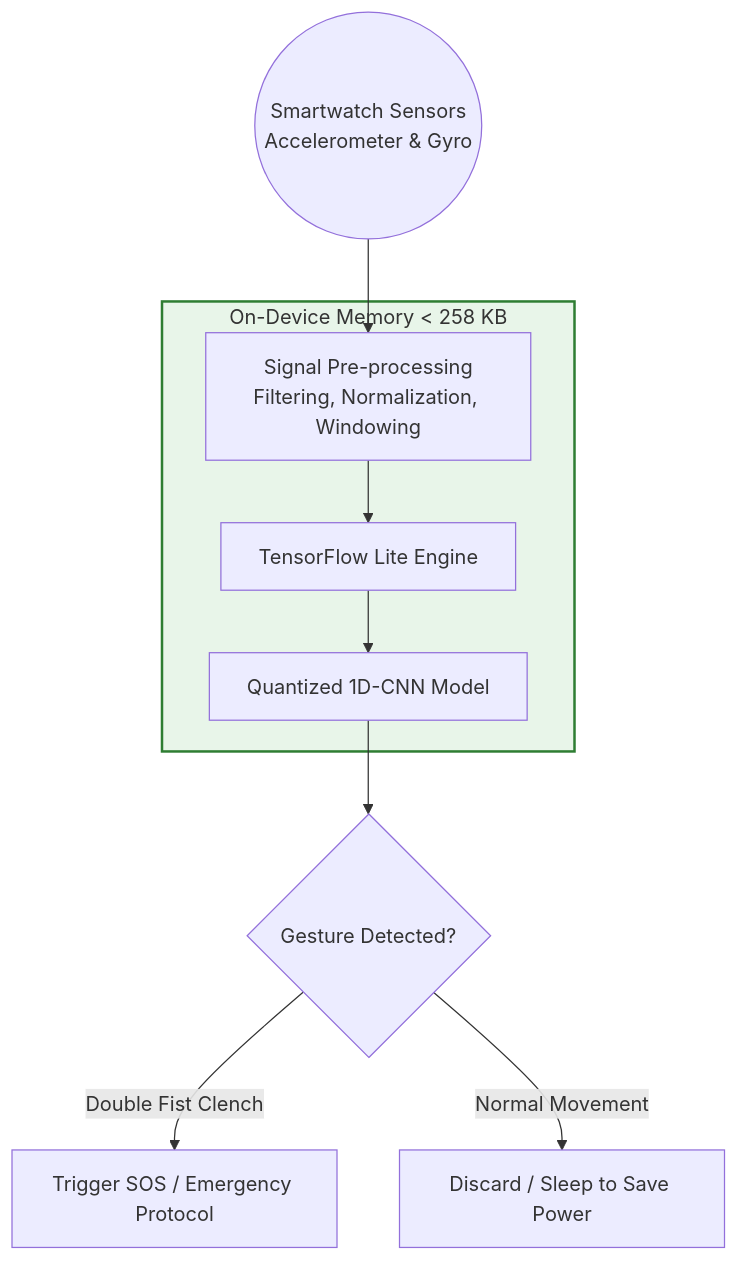
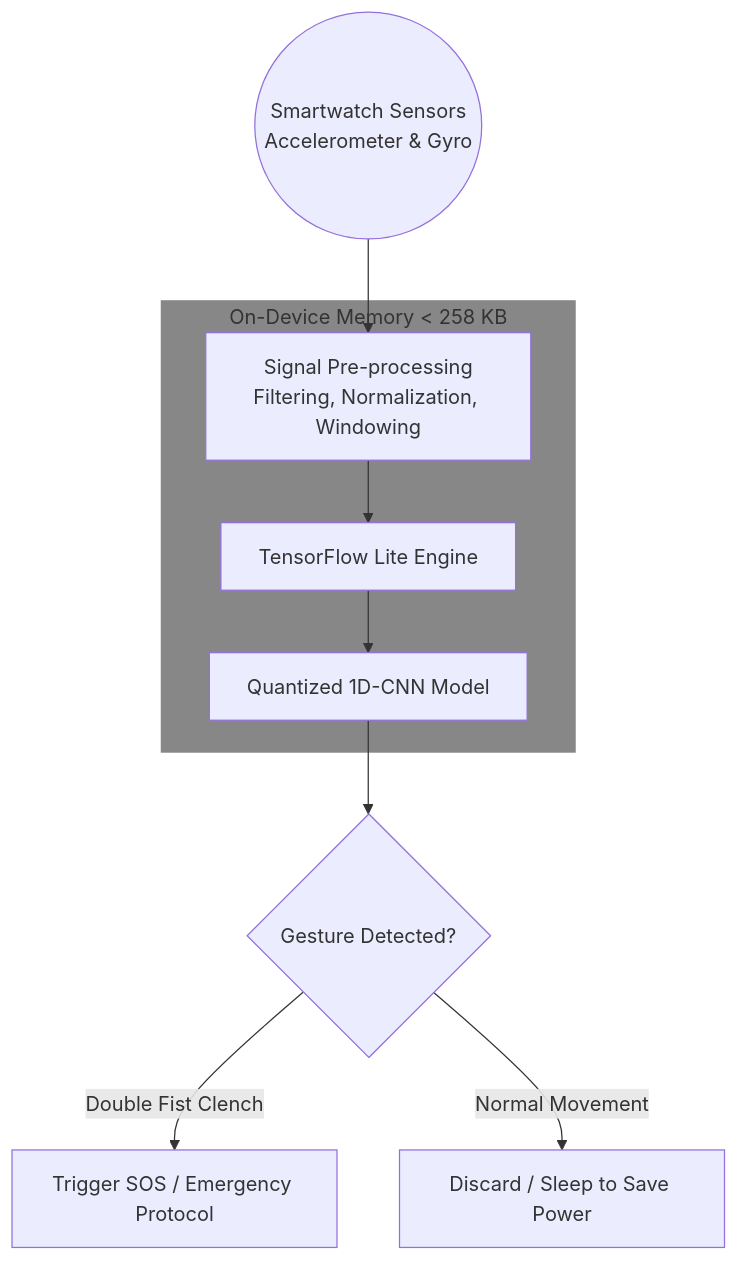
Before and after one commit to Lorenzo2703/road-to-google: the third of 3 diagrams in professional_profile.md, drawn with Mermaid. The commit also changed other lines of this file and 6 other files, not shown here.

````diff
--- a/professional_profile.md
+++ b/professional_profile.md
@@ -108,16 +108,16 @@
 ```mermaid
 flowchart TD
     Sensors(("Smartwatch Sensors<br>Accelerometer & Gyro")) --> PreProcessing["Signal Pre-processing<br>Filtering, Normalization, Windowing"]
     
     subgraph Edge_Sub [On-Device Memory < 258 KB]
         PreProcessing --> TFLite["TensorFlow Lite Engine"]
         TFLite --> CNN["Quantized 1D-CNN Model"]
     end
     
     CNN --> Classifier{"Gesture Detected?"}
     Classifier -- "Double Fist Clench" --> Action["Trigger SOS / Emergency Protocol"]
     Classifier -- "Normal Movement" --> Ignore["Discard / Sleep to Save Power"]
     
-    classDef edge fill:#e8f5e9,stroke:#2e7d32,stroke-width:2px;
+    classDef edge fill:#878787,stroke:#878787,stroke-width:2px;
     class Edge_Sub edge;
 ```
````
